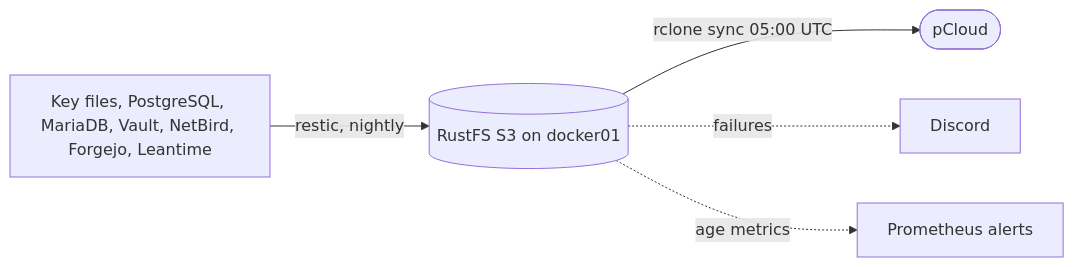
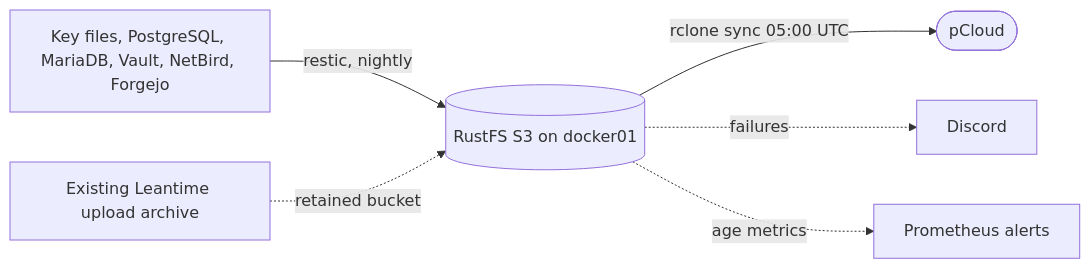
Before and after one commit to ToXiCCuss/gitops: the fourth of 4 diagrams in README.md, drawn with Mermaid. The commit also changed other lines of this file and 22 other files, not shown here.

````diff
--- a/README.md
+++ b/README.md
@@ -107,7 +107,8 @@
 ```mermaid
 flowchart LR
-  src["Key files, PostgreSQL, MariaDB, Vault, NetBird, Forgejo, Leantime"] -->|"restic, nightly"| s3[("RustFS S3 on docker01")]
+  src["Key files, PostgreSQL, MariaDB, Vault, NetBird, Forgejo"] -->|"restic, nightly"| s3[("RustFS S3 on docker01")]
+  leantime["Existing Leantime upload archive"] -.->|"retained bucket"| s3
   s3 -->|"rclone sync 05:00 UTC"| pcloud(["pCloud"])
   s3 -.->|"failures"| discord["Discord"]
   s3 -.->|"age metrics"| prom["Prometheus alerts"]
 ```
````
